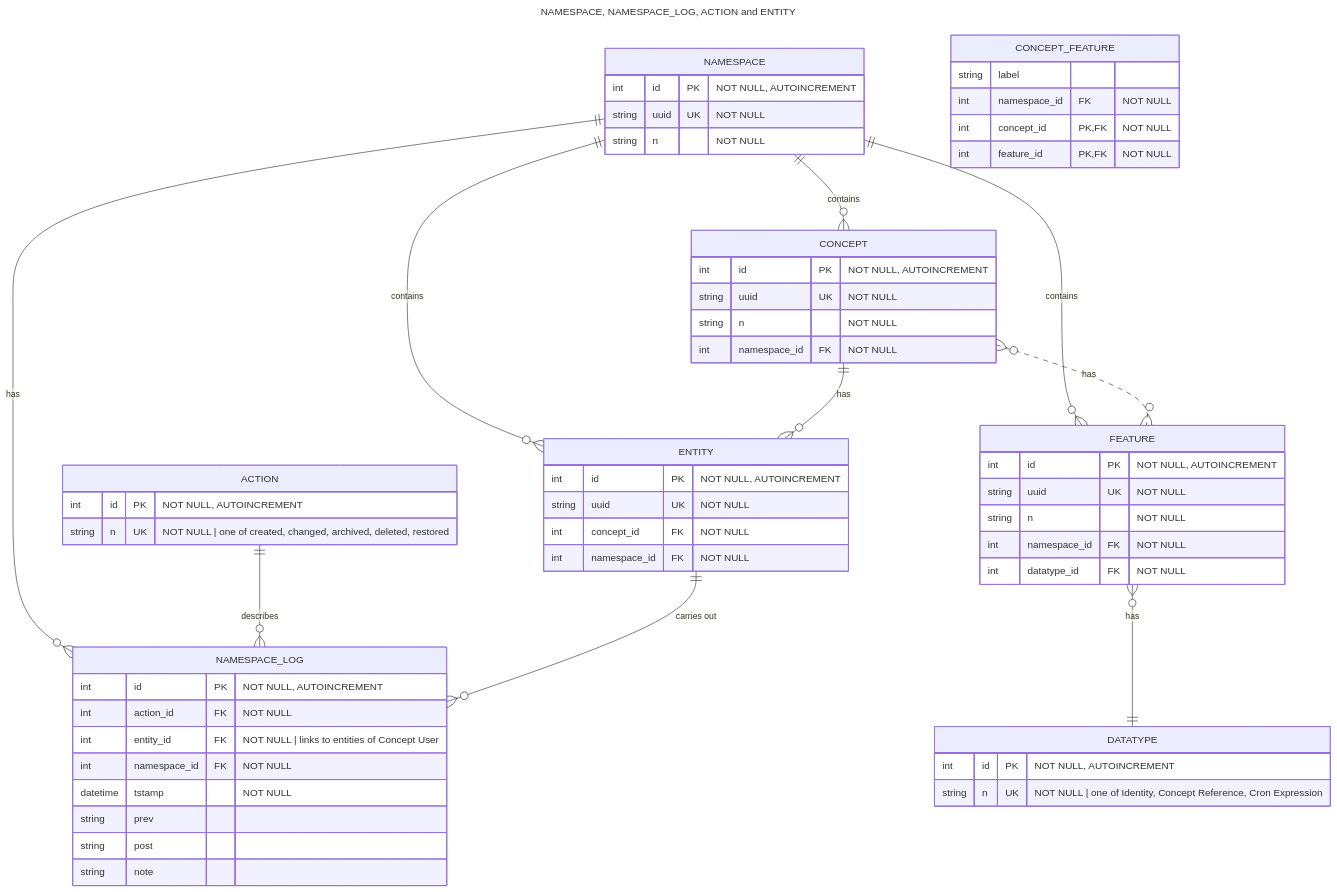
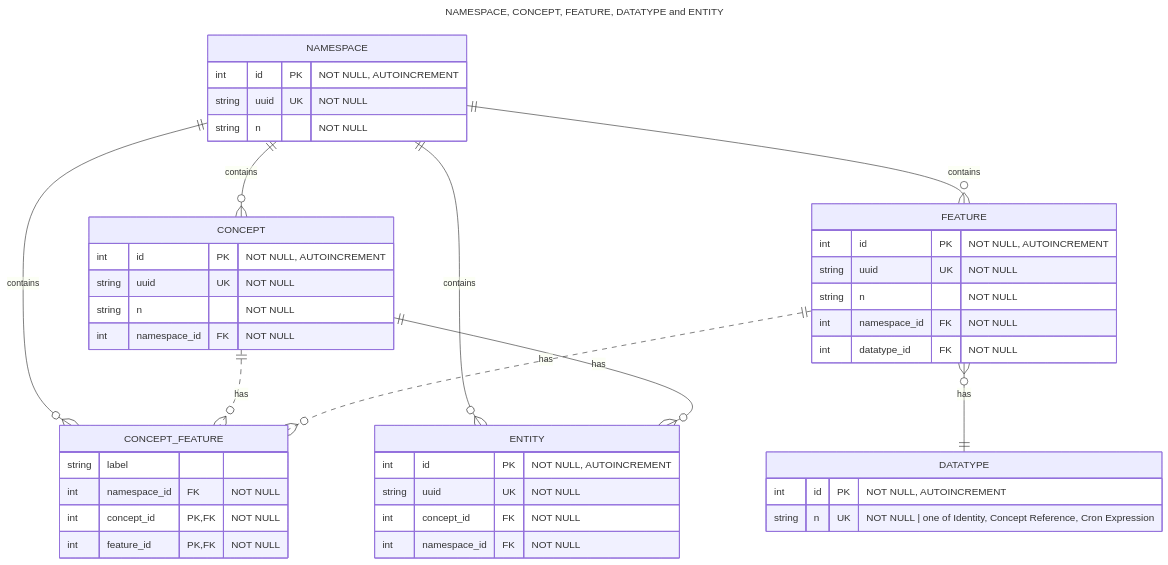
The first of 3 diagrams in DATABASE-SCHEMA.md (polarlabs/kodiak-diagrams), drawn with Mermaid before and after one commit. The commit also changed other lines of this file, not shown here.

Commit message:
mod: rearrange diagrams to reduce complexity.

````diff
--- a/DATABASE-SCHEMA.md
+++ b/DATABASE-SCHEMA.md
@@ -16,63 +16,48 @@
 ```mermaid
 ---
-title: NAMESPACE, NAMESPACE_LOG, ACTION and ENTITY
+title: NAMESPACE, CONCEPT, FEATURE, DATATYPE and ENTITY
 ---
 erDiagram
     NAMESPACE {
         int    id   PK "NOT NULL, AUTOINCREMENT"
         string uuid UK "NOT NULL"
         string n       "NOT NULL"
     }
     CONCEPT {
         int    id           PK "NOT NULL, AUTOINCREMENT"
         string uuid         UK "NOT NULL"
         string n               "NOT NULL"
         int    namespace_id FK "NOT NULL"
     }
     FEATURE {
         int    id           PK "NOT NULL, AUTOINCREMENT"
         string uuid         UK "NOT NULL"
         string n               "NOT NULL"
         int    namespace_id FK "NOT NULL"
         int    datatype_id  FK "NOT NULL"
     }
     CONCEPT_FEATURE {
         string label
         int    namespace_id FK     "NOT NULL"
         int    concept_id   PK, FK "NOT NULL"
         int    feature_id   PK, FK "NOT NULL"
     }
     DATATYPE {
         int    id PK "NOT NULL, AUTOINCREMENT"
         string n  UK "NOT NULL | one of Identity, Concept Reference, Cron Expression"
     }
-    NAMESPACE_LOG {
-        int      id           PK "NOT NULL, AUTOINCREMENT"
-        int      action_id    FK "NOT NULL"
-        int      entity_id    FK "NOT NULL | links to entities of Concept User"
-        int      namespace_id FK "NOT NULL"
-        datetime tstamp        "NOT NULL"
-        string   prev
-        string   post
-        string   note 
-    }
-    ACTION {
-        int    id PK "NOT NULL, AUTOINCREMENT"
-        string n  UK "NOT NULL | one of created, changed, archived, deleted, restored"
-    }
     ENTITY {
         int    id           PK "NOT NULL, AUTOINCREMENT"
         string uuid         UK "NOT NULL"
         int    concept_id   FK "NOT NULL"
         int    namespace_id FK "NOT NULL"
     }
-    NAMESPACE ||--o{ NAMESPACE_LOG : has
-    NAMESPACE ||--o{ CONCEPT       : contains
-    NAMESPACE ||--o{ FEATURE       : contains
-    NAMESPACE ||--o{ ENTITY        : contains
-    CONCEPT   }o..o{ FEATURE       : has
-    CONCEPT   ||--o{ ENTITY        : has
-    FEATURE   }o--|| DATATYPE      : has
-    ACTION    ||--o{ NAMESPACE_LOG : describes
-    ENTITY    ||--o{ NAMESPACE_LOG : "carries out"
+    NAMESPACE ||--o{ CONCEPT         : contains
+    NAMESPACE ||--o{ FEATURE         : contains
+    NAMESPACE ||--o{ CONCEPT_FEATURE : contains
+    NAMESPACE ||--o{ ENTITY          : contains
+    CONCEPT   ||..o{ CONCEPT_FEATURE : has
+    CONCEPT   ||--o{ ENTITY          : has
+    FEATURE   ||..o{ CONCEPT_FEATURE : has
+    FEATURE   }o--|| DATATYPE        : has    
 ```
````
